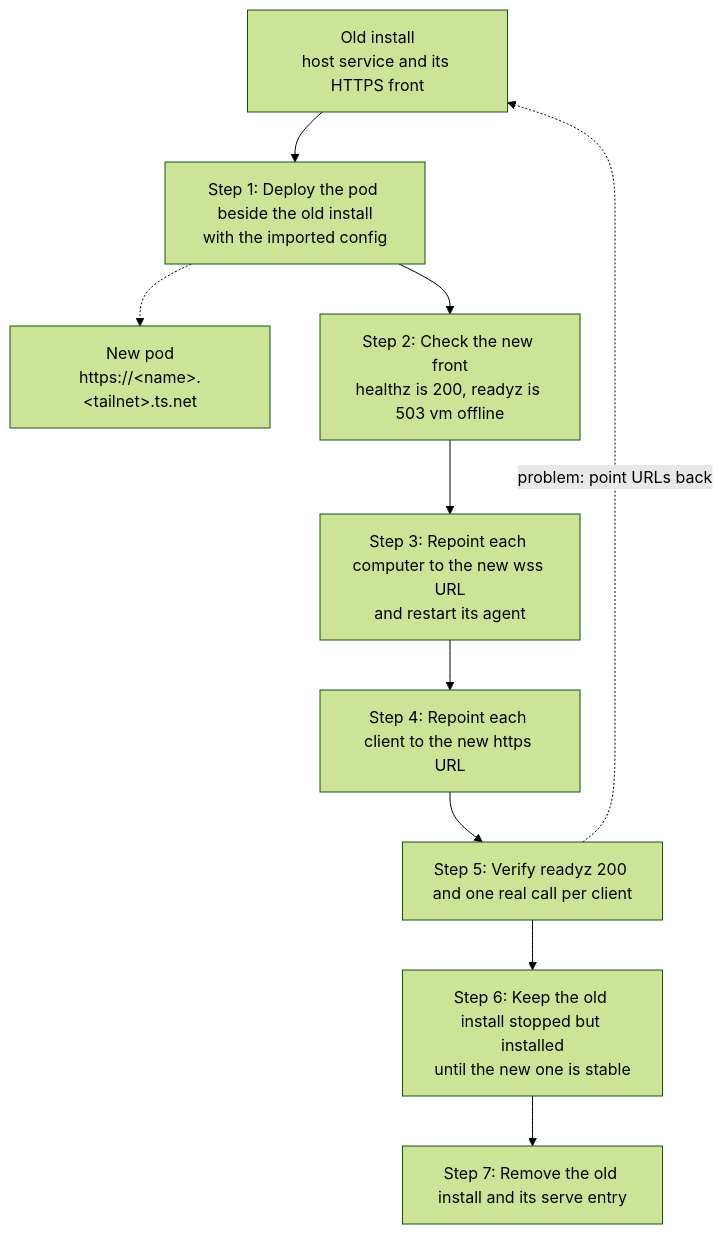
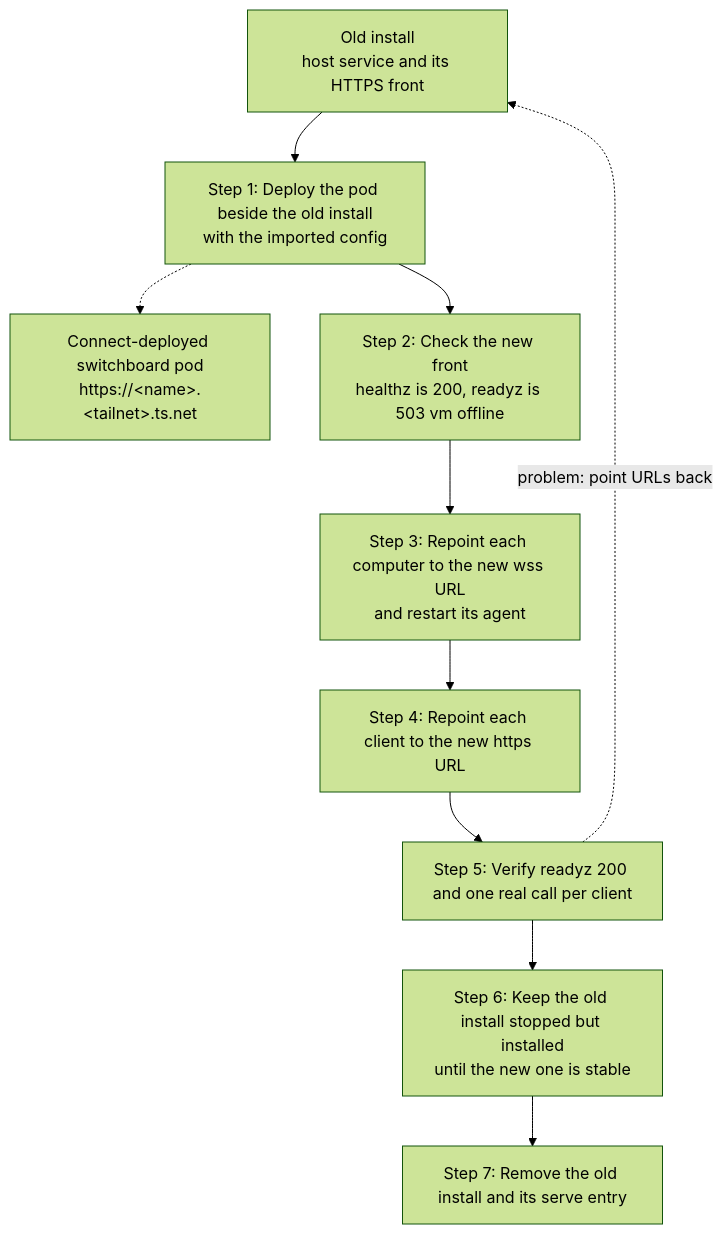
One commit to openabdev/openab-sb changed the fourth of 4 diagrams in README.md. Above: the diagram before and after it, drawn with Mermaid (forest theme). The commit also changed other lines of this file and 1 other file, not shown here.

First line of the commit message:
docs: address review round 2 (reload rows, image publication facts, diagram labels)

````diff
--- a/README.md
+++ b/README.md
@@ -453,15 +454,15 @@
 ```mermaid
 flowchart TD
     old["Old install<br/>host service and its HTTPS front"]
-    new["New pod<br/>https://#lt;name#gt;.#lt;tailnet#gt;.ts.net"]
+    new["Connect-deployed switchboard pod<br/>https://#lt;name#gt;.#lt;tailnet#gt;.ts.net"]
     s1["Step 1: Deploy the pod beside the old install<br/>with the imported config"]
     s2["Step 2: Check the new front<br/>healthz is 200, readyz is 503 vm offline"]
     s3["Step 3: Repoint each computer to the new wss URL<br/>and restart its agent"]
     s4["Step 4: Repoint each client to the new https URL"]
     s5["Step 5: Verify readyz 200 and one real call per client"]
     s6["Step 6: Keep the old install stopped but installed<br/>until the new one is stable"]
     s7["Step 7: Remove the old install and its serve entry"]
     old --> s1 --> s2 --> s3 --> s4 --> s5 --> s6 --> s7
     s1 -.-> new
     s5 -. "problem: point URLs back" .-> old
 ```
````
